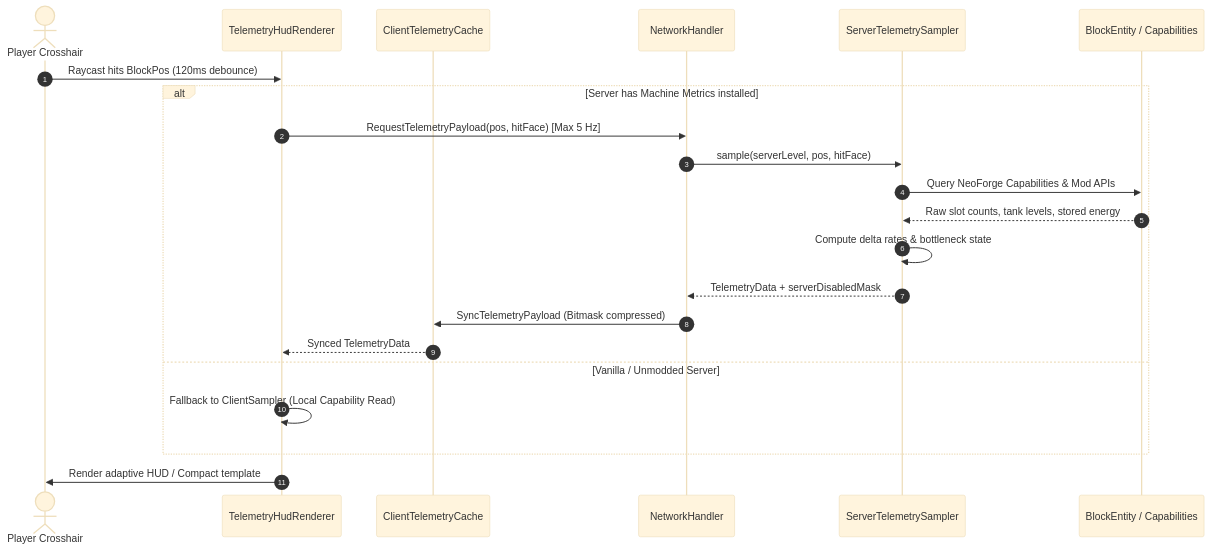
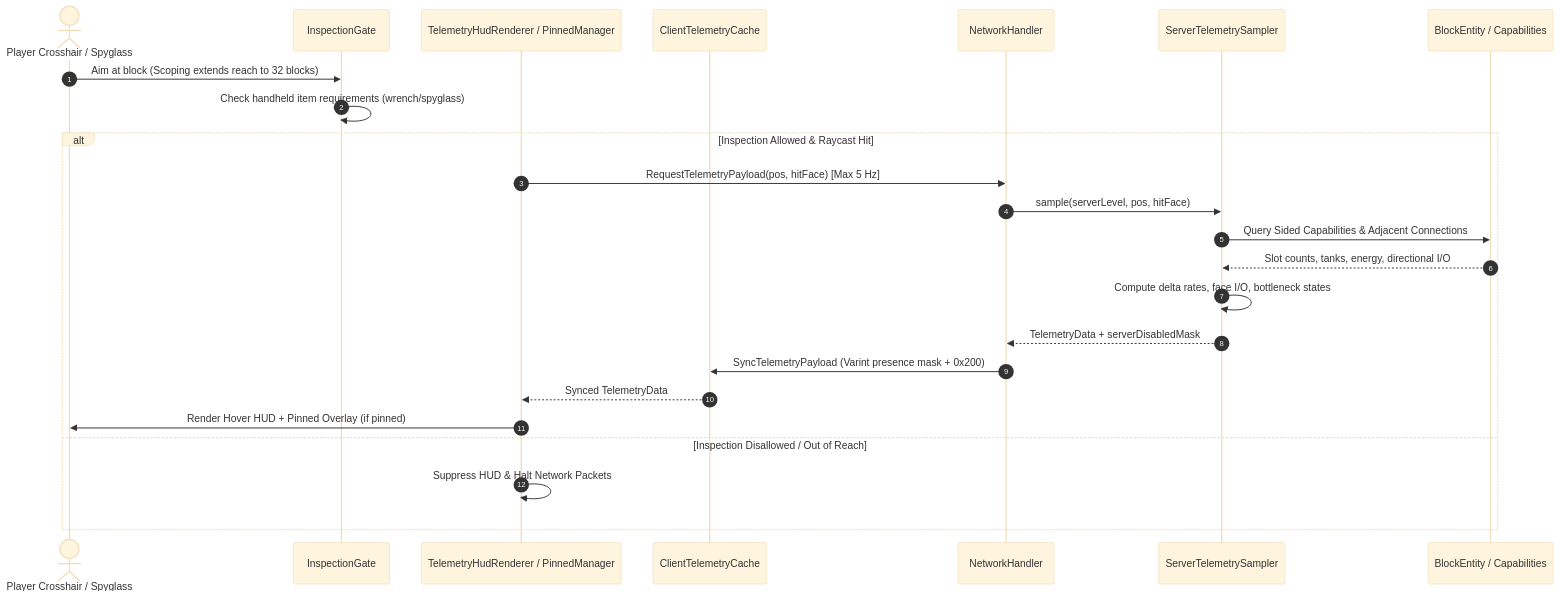
Before and after one commit to alikuxac/MachineMetrics: the first of 3 diagrams in docs/data-flow.md, drawn with Mermaid (base theme). The commit also changed other lines of this file and 1 other file, not shown here.

First line of the commit message:
docs: document inspection, pin hud, and face io

````diff
--- a/docs/data-flow.md
+++ b/docs/data-flow.md
@@ -11,25 +11,27 @@
 ```mermaid
 sequenceDiagram
     autonumber
-    actor Player as Player Crosshair
-    participant ClientHUD as TelemetryHudRenderer
+    actor Player as Player Crosshair / Spyglass
+    participant Gate as InspectionGate
+    participant ClientHUD as TelemetryHudRenderer / PinnedManager
     participant ClientCache as ClientTelemetryCache
     participant Net as NetworkHandler
     participant Sampler as ServerTelemetrySampler
     participant Block as BlockEntity / Capabilities
 
-    Player->>ClientHUD: Raycast hits BlockPos (120ms debounce)
-    alt Server has Machine Metrics installed
+    Player->>Gate: Aim at block (Scoping extends reach to 32 blocks)
+    Gate->>Gate: Check handheld item requirements (wrench/spyglass)
+    alt Inspection Allowed & Raycast Hit
         ClientHUD->>Net: RequestTelemetryPayload(pos, hitFace) [Max 5 Hz]
         Net->>Sampler: sample(serverLevel, pos, hitFace)
-        Sampler->>Block: Query NeoForge Capabilities & Mod APIs
-        Block-->>Sampler: Raw slot counts, tank levels, stored energy
-        Sampler->>Sampler: Compute delta rates & bottleneck state
+        Sampler->>Block: Query Sided Capabilities & Adjacent Connections
+        Block-->>Sampler: Slot counts, tanks, energy, directional I/O
+        Sampler->>Sampler: Compute delta rates, face I/O, bottleneck states
         Sampler-->>Net: TelemetryData + serverDisabledMask
-        Net->>ClientCache: SyncTelemetryPayload (Bitmask compressed)
+        Net->>ClientCache: SyncTelemetryPayload (Varint presence mask + 0x200)
         ClientCache-->>ClientHUD: Synced TelemetryData
-    else Vanilla / Unmodded Server
-        ClientHUD->>ClientHUD: Fallback to ClientSampler (Local Capability Read)
+        ClientHUD->>Player: Render Hover HUD + Pinned Overlay (if pinned)
+    else Inspection Disallowed / Out of Reach
+        ClientHUD->>ClientHUD: Suppress HUD & Halt Network Packets
     end
-    ClientHUD->>Player: Render adaptive HUD / Compact template
 ```
````
